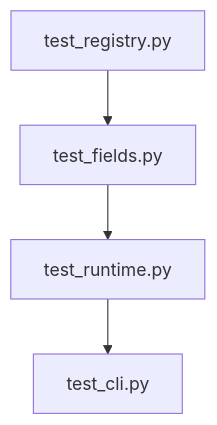
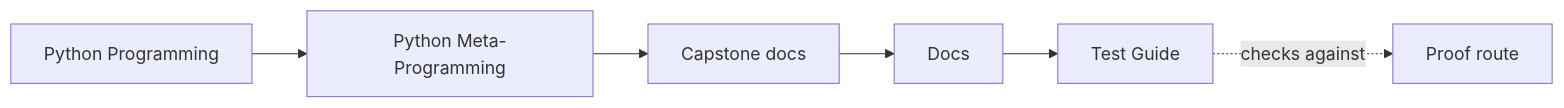
The first of 2 diagrams in programs/python-programming/python-meta-programming/capstone/docs/test-guide.md (bijux/bijux-masterclass), drawn with Mermaid before and after one commit. The commit also changed other lines of this file and 91 other files, not shown here.

Commit message:
docs(python-meta-programming): map advanced runtime and capstone surfaces

````diff
--- a/programs/python-programming/python-meta-programming/capstone/docs/test-guide.md
+++ b/programs/python-programming/python-meta-programming/capstone/docs/test-guide.md
@@ -7,6 +7,12 @@
 ```mermaid
-graph TD
-  registry["test_registry.py"] --> fields["test_fields.py"]
-  fields --> runtime["test_runtime.py"]
-  runtime --> cli["test_cli.py"]
+graph LR
+  family["Python Programming"]
+  program["Python Meta-Programming"]
+  guide["Capstone docs"]
+  section["Docs"]
+  page["Test Guide"]
+  proof["Proof route"]
+
+  family --> program --> guide --> section --> page
+  page -.checks against.-> proof
 ```
````
